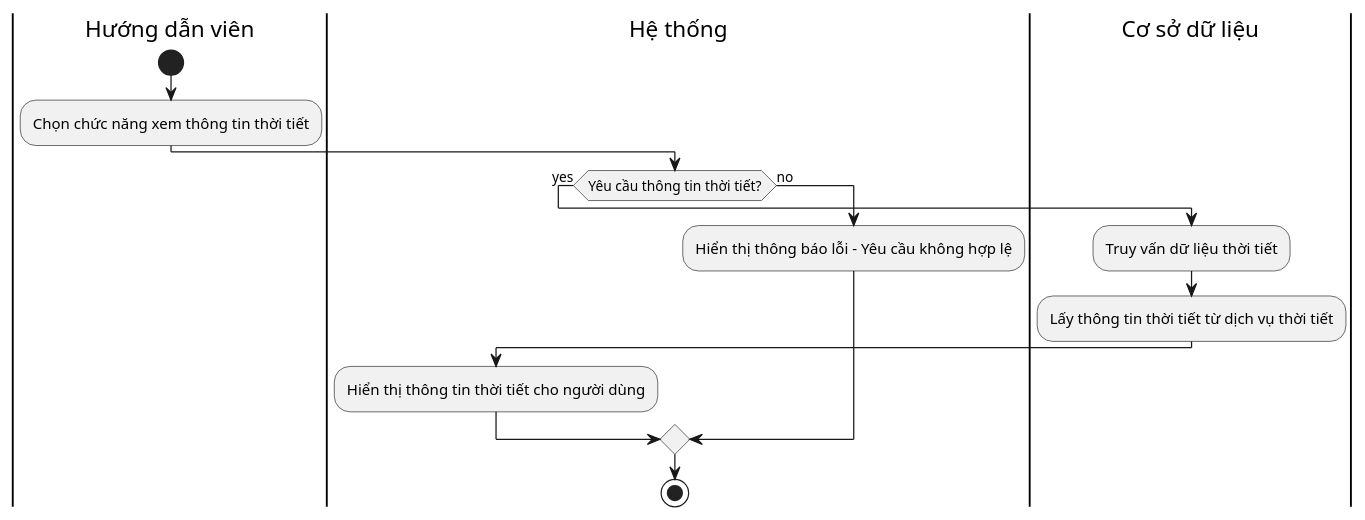
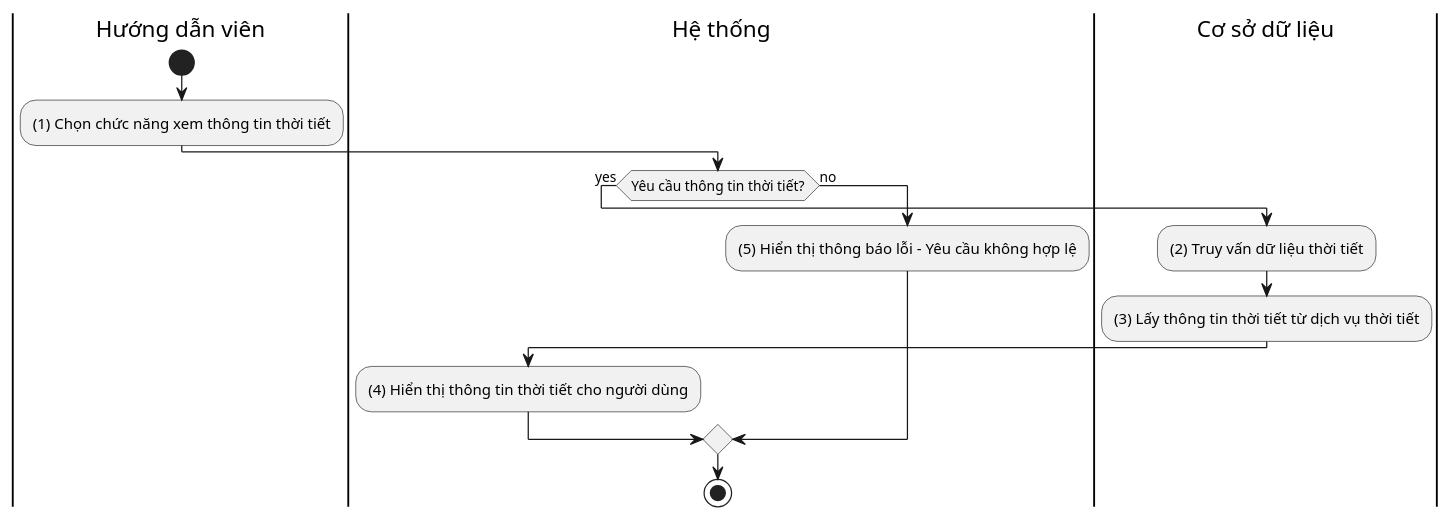
The diagram in lab1.2/activity_diagrams/provideWeatherInfo.plantuml (Khoitran0205/SE357-Pratice-class), drawn with PlantUML before and after one commit. The commit also changed 10 other files, not shown here.

```diff
--- a/lab1.2/activity_diagrams/provideWeatherInfo.plantuml
+++ b/lab1.2/activity_diagrams/provideWeatherInfo.plantuml
@@ -1,19 +1,19 @@
 @startuml provideWeatherInfo_activity_diagram
 
 |Hướng dẫn viên|
 start
-:Chọn chức năng xem thông tin thời tiết;
+:(1) Chọn chức năng xem thông tin thời tiết;
 
 |Hệ thống|
 if (Yêu cầu thông tin thời tiết?) then (yes)
     |Cơ sở dữ liệu|
-    :Truy vấn dữ liệu thời tiết;
-    :Lấy thông tin thời tiết từ dịch vụ thời tiết;
+    :(2) Truy vấn dữ liệu thời tiết;
+    :(3) Lấy thông tin thời tiết từ dịch vụ thời tiết;
     |Hệ thống|
-    :Hiển thị thông tin thời tiết cho người dùng;
+    :(4) Hiển thị thông tin thời tiết cho người dùng;
 else (no)
-    :Hiển thị thông báo lỗi - Yêu cầu không hợp lệ;
+    :(5) Hiển thị thông báo lỗi - Yêu cầu không hợp lệ;
 
 endif
 stop
 @enduml
```
